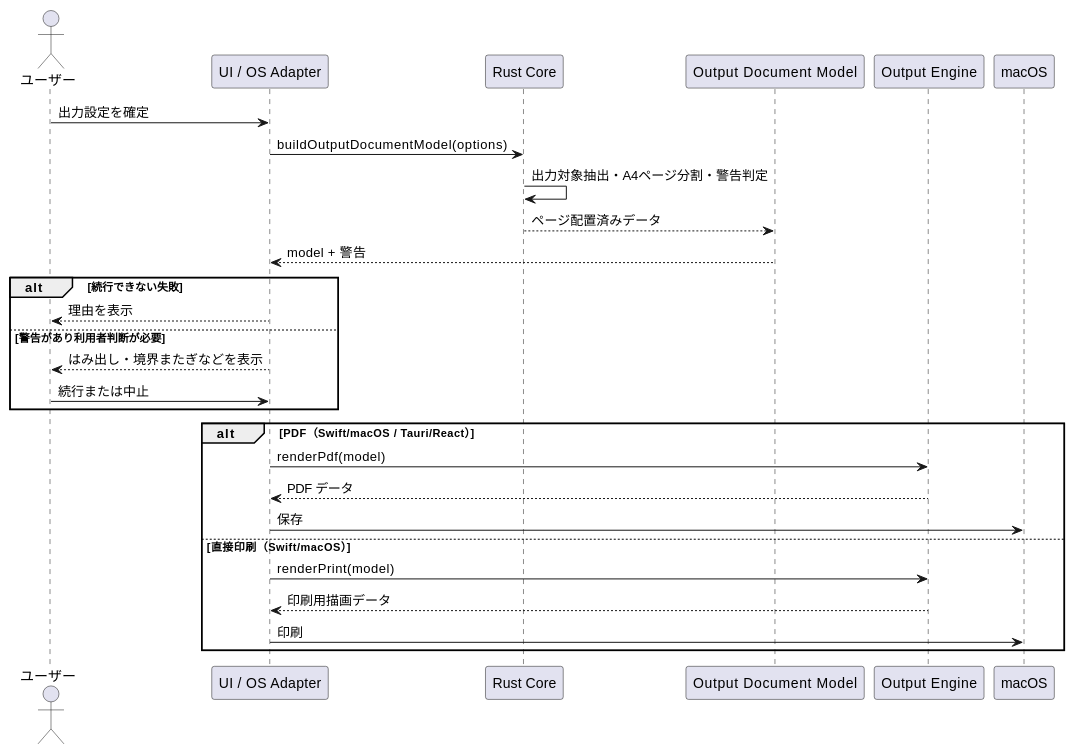
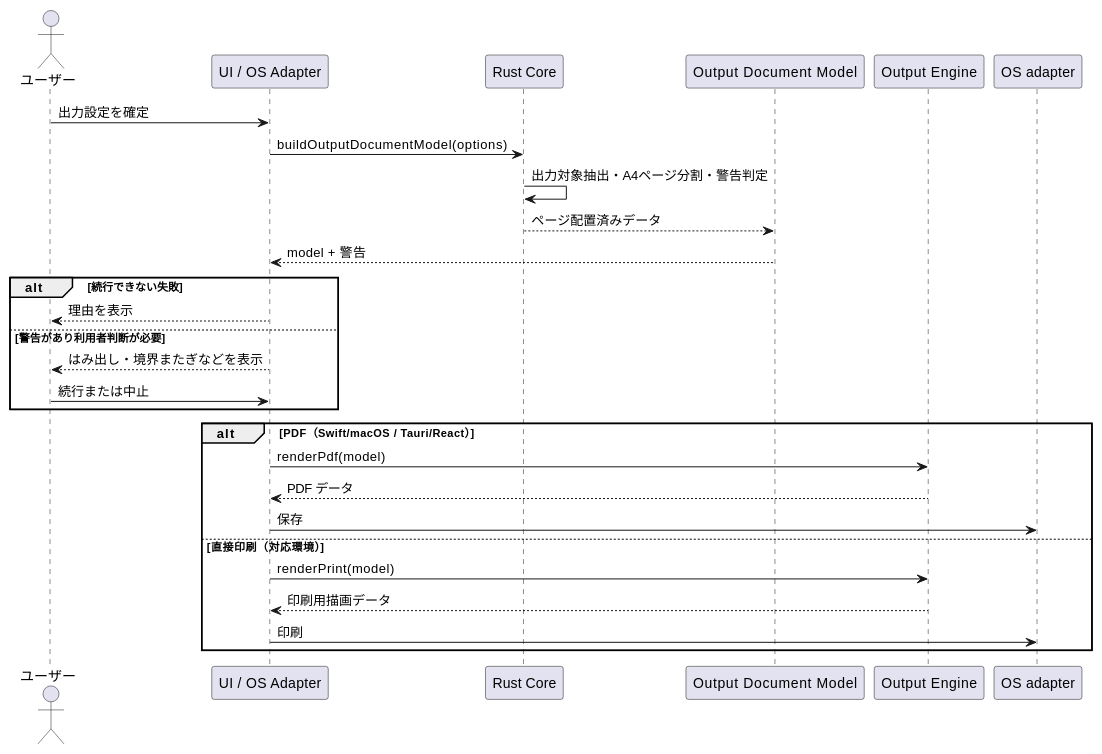
One commit to t-shin-komae/kawacad changed the seventh of 10 diagrams in docs/design/architecture.md. Above: the diagram before and after it, drawn with PlantUML. The commit also changed other lines of this file and 5 other files, not shown here.

````diff
--- a/docs/design/architecture.md
+++ b/docs/design/architecture.md
@@ -380,34 +382,34 @@
 ```plantuml
 @startuml
 skinparam shadowing false
 skinparam responseMessageBelowArrow true
 
 actor "ユーザー" as User
 participant "UI / OS Adapter" as UI
 participant "Rust Core" as Core
 participant "Output Document Model" as Model
 participant "Output Engine" as Engine
-participant "macOS" as OS
+participant "OS adapter" as OS
 
     User->UI: 出力設定を確定
     UI->Core: buildOutputDocumentModel(options)
     Core->Core: 出力対象抽出・A4ページ分割・警告判定
     Core-->Model: ページ配置済みデータ
     Model-->UI: model + 警告
     alt 続行できない失敗
         UI-->User: 理由を表示
     else 警告があり利用者判断が必要
         UI-->User: はみ出し・境界またぎなどを表示
         User->UI: 続行または中止
     end
     alt PDF（Swift/macOS / Tauri/React）
         UI->Engine: renderPdf(model)
         Engine-->UI: PDF データ
         UI->OS: 保存
-    else 直接印刷（Swift/macOS）
+    else 直接印刷（対応環境）
         UI->Engine: renderPrint(model)
         Engine-->UI: 印刷用描画データ
         UI->OS: 印刷
     end
 @enduml
 ```
````
